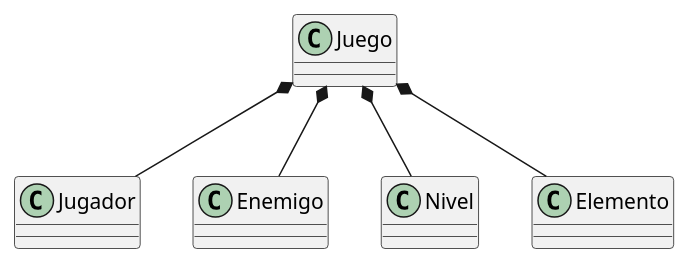
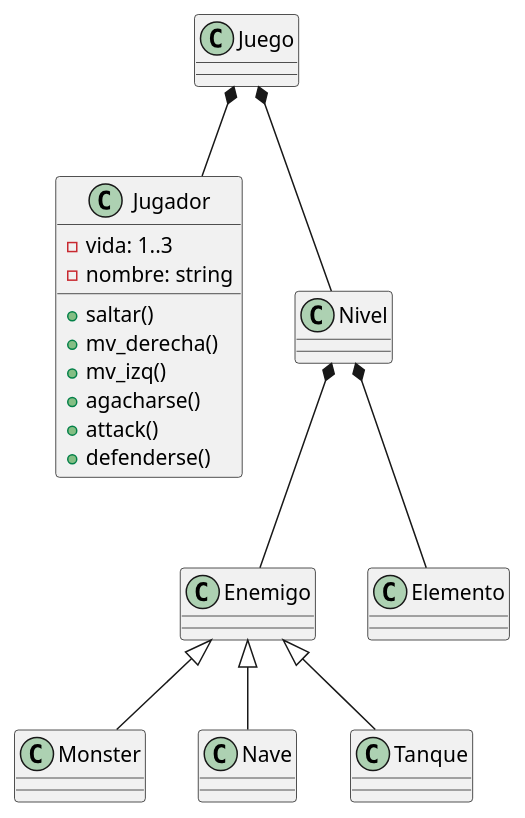
The third of 3 diagrams in 1-Repaso recuperatorio/Repaso Recuperatorio.md (Z0SO/UML-Practice), drawn with PlantUML before and after one commit.

Commit message:
bkp -> 2024-08-11 20:45:51

```diff
--- a/1-Repaso recuperatorio/Repaso Recuperatorio.md
+++ b/1-Repaso recuperatorio/Repaso Recuperatorio.md
@@ -251,11 +251,24 @@
 
 
 class jugador as "Jugador" {
+    - vida: 1..3
+    - nombre: string 
+  
+    + saltar()
+    + mv_derecha() 
+    + mv_izq()
+    + agacharse()    
+    + attack()
+    + defenderse()
+
 
 }
 
 
 class enemigo as "Enemigo" {
+
+
+
 
 }
 
@@ -272,15 +285,44 @@
 }
 
 
+class monstruo as "Monster" {
 
+}
+
+class nave as "Nave" {
+
+}
+
+class tanque as "Tanque" {
+
+}
 
 'RELACIONES'
 
 sistema *-- jugador
 sistema *-- nivel
-sistema *-- elemento
 
-sistema *-- enemigo
+
+
+
+nivel *-- enemigo
+nivel *-- elemento
+
+
+enemigo <|-- nave
+enemigo <|-- monstruo
+enemigo <|-- tanque
+
+
+
+
+
+
+
+
+
+
+
 
 
 
```
